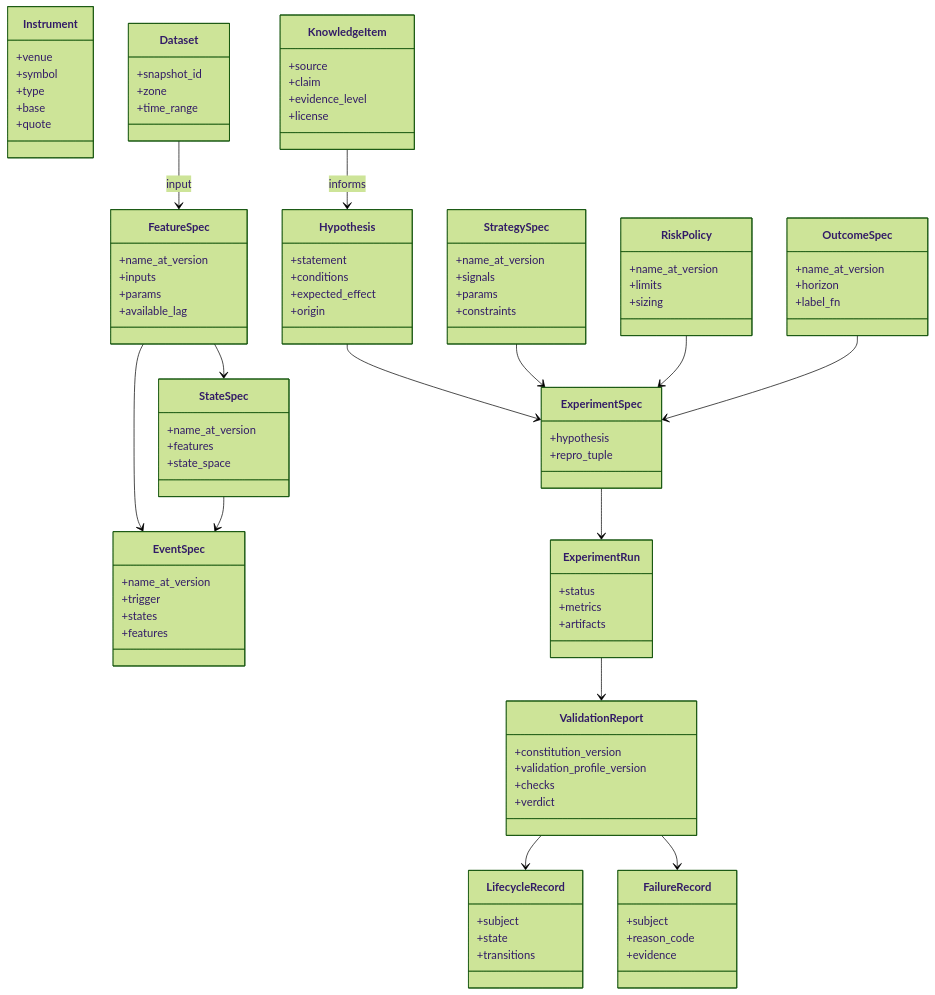
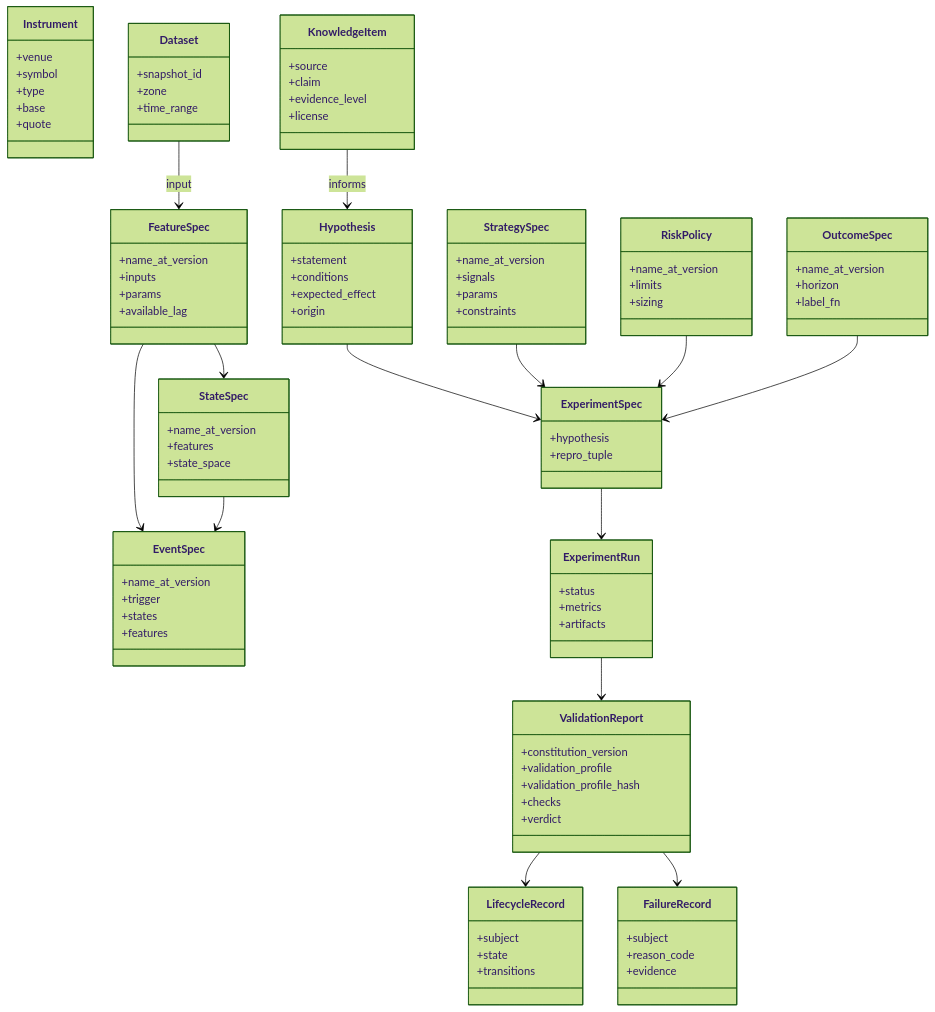
Before and after one commit to raphael2025/hlens-autoresearch: the diagram in docs/architecture/02-domain.md, drawn with Mermaid (forest theme). The commit also changed other lines of this file and 32 other files, not shown here.

```diff
--- a/docs/architecture/02-domain.md
+++ b/docs/architecture/02-domain.md
@@ -103,7 +104,8 @@
     }
     class ValidationReport {
         +constitution_version
-        +validation_profile_version
+        +validation_profile
+        +validation_profile_hash
         +checks
         +verdict
     }
```
